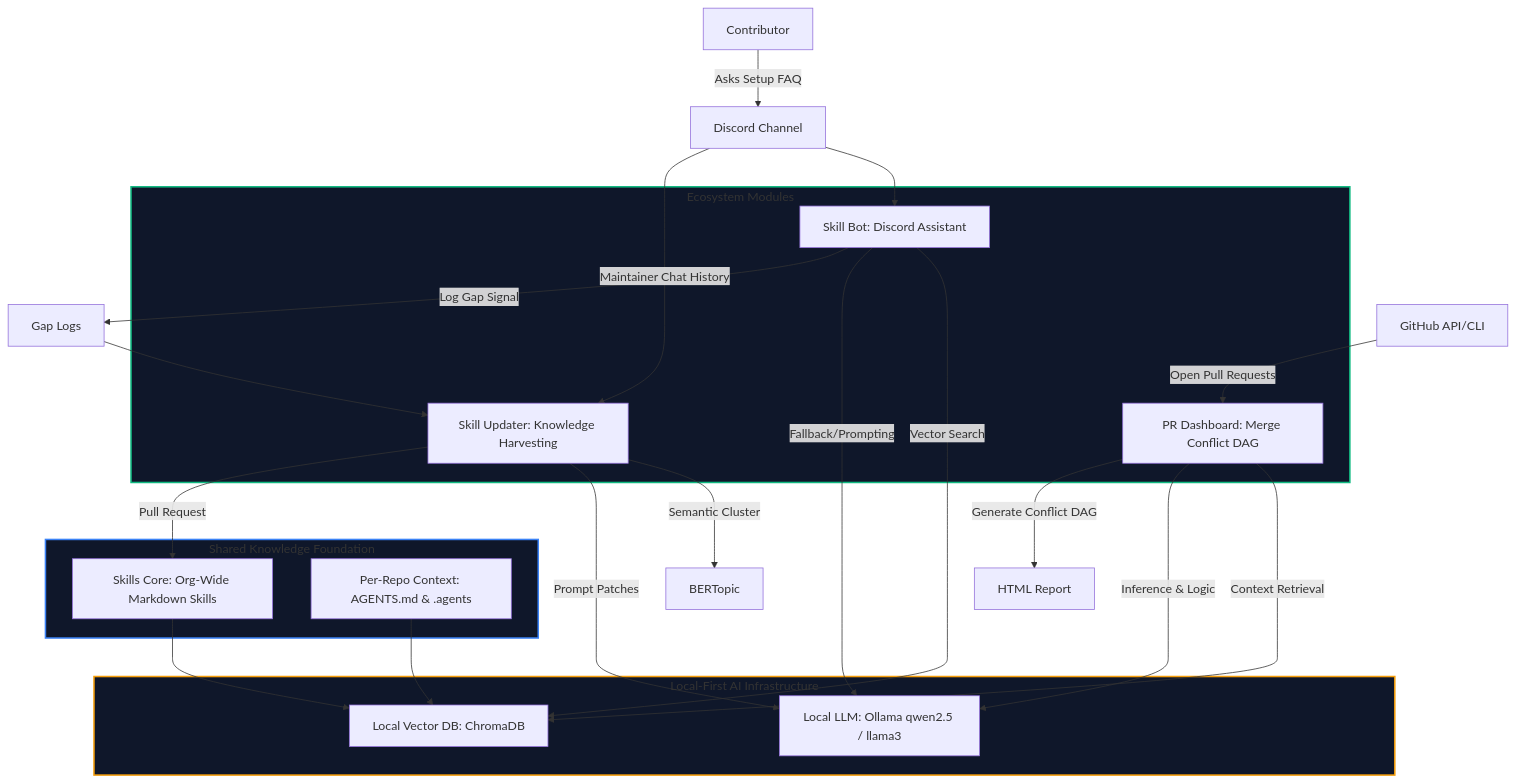
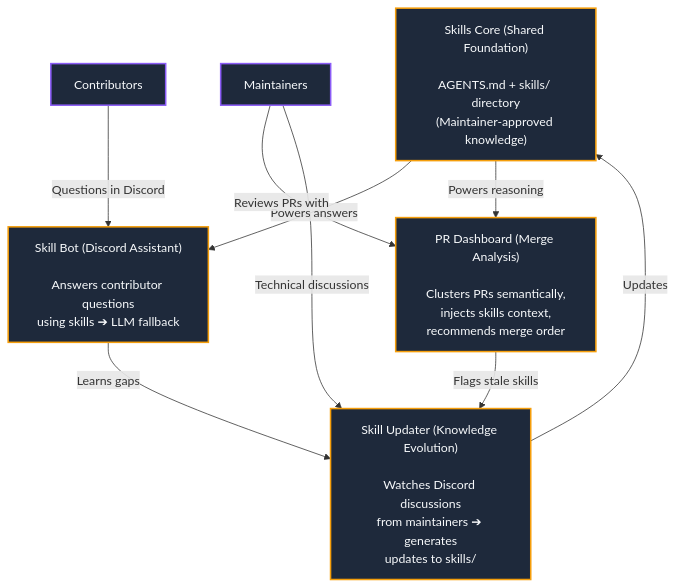
Before and after one commit to kpj2006/Skills: the first of 2 diagrams in README.md, drawn with Mermaid.

Commit message:
docs:  reorganize architectural system diagram in README.md

````diff
--- a/README.md
+++ b/README.md
@@ -95,45 +95,28 @@
 ```mermaid
 graph TD
-    subgraph Knowledge[Shared Knowledge Foundation]
-        SC[Skills Core: Org-Wide Markdown Skills]
-        PRC[Per-Repo Context: AGENTS.md & .agents]
-    end
+    %% Nodes
+    SC["Skills Core (Shared Foundation)<br><br>AGENTS.md + skills/ directory<br>(Maintainer-approved knowledge)"]
+    Contributors["Contributors"]
+    Maintainers["Maintainers"]
+    
+    SB["Skill Bot (Discord Assistant)<br><br>Answers contributor questions<br>using skills ➔ LLM fallback"]
+    PD["PR Dashboard (Merge Analysis)<br><br>Clusters PRs semantically,<br>injects skills context,<br>recommends merge order"]
+    SU["Skill Updater (Knowledge Evolution)<br><br>Watches Discord discussions<br>from maintainers ➔ generates<br>updates to skills/"]
 
-    subgraph Infra[Local-First AI Infrastructure]
-        Ollama[Local LLM: Ollama qwen2.5 / llama3]
-        Chroma[Local Vector DB: ChromaDB]
-    end
+    %% Edges
+    SC -- "Powers answers" --> SB
+    SC -- "Powers reasoning" --> PD
+    Contributors -- "Questions in Discord" --> SB
+    Maintainers -- "Reviews PRs with" --> PD
+    Maintainers -- "Technical discussions" --> SU
+    SB -- "Learns gaps" --> SU
+    PD -- "Flags stale skills" --> SU
+    SU -- "Updates" --> SC
 
-    SC --> Chroma
-    PRC --> Chroma
-
-    subgraph Modules[Ecosystem Modules]
-        SB[Skill Bot: Discord Assistant]
-        SU[Skill Updater: Knowledge Harvesting]
-        PD[PR Dashboard: Merge Conflict DAG]
-    end
-
-    %% Skill Bot Flows
-    Dev[Contributor] -- "Asks Setup FAQ" --> Discord[Discord Channel]
-    Discord --> SB
-    SB -- "Vector Search" --> Chroma
-    SB -- "Fallback/Prompting" --> Ollama
-    SB -- "Log Gap Signal" --> Gap[Gap Logs]
-
-    %% Skill Updater Flows
-    Discord -- "Maintainer Chat History" --> SU
-    Gap --> SU
-    SU -- "Semantic Cluster" --> BERTopic[BERTopic]
-    SU -- "Prompt Patches" --> Ollama
-    SU -- "Pull Request" --> SC
-
-    %% PR Dashboard Flows
-    GitHub[GitHub API/CLI] -- "Open Pull Requests" --> PD
-    PD -- "Context Retrieval" --> Chroma
-    PD -- "Inference & Logic" --> Ollama
-    PD -- "Generate Conflict DAG" --> HTML[HTML Report]
-
-    style Knowledge fill:#0F172A,stroke:#3B82F6,stroke-width:2px;
-    style Modules fill:#0F172A,stroke:#10B981,stroke-width:2px;
-    style Infra fill:#0F172A,stroke:#F59E0B,stroke-width:2px;
+    %% Style Classes
+    classDef yellowBox fill:#1E293B,stroke:#F59E0B,stroke-width:2px,color:#F8FAFC;
+    classDef purpleBox fill:#1E293B,stroke:#8B5CF6,stroke-width:2px,color:#F8FAFC;
+    
+    class SC,SB,PD,SU yellowBox;
+    class Contributors,Maintainers purpleBox;
 ```
````
